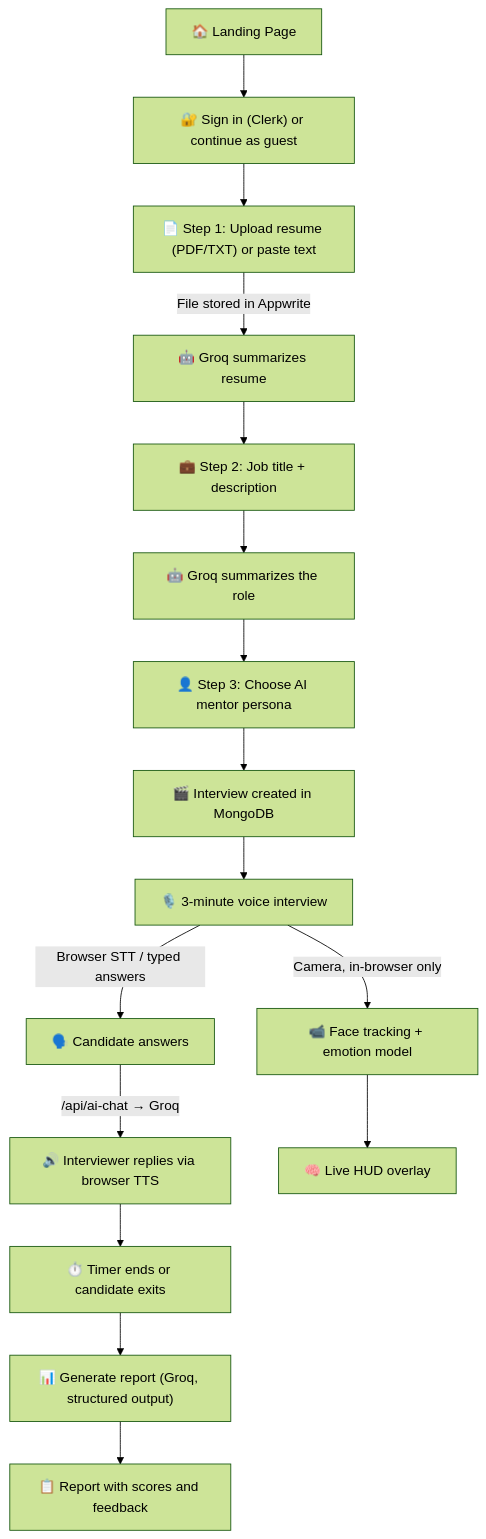
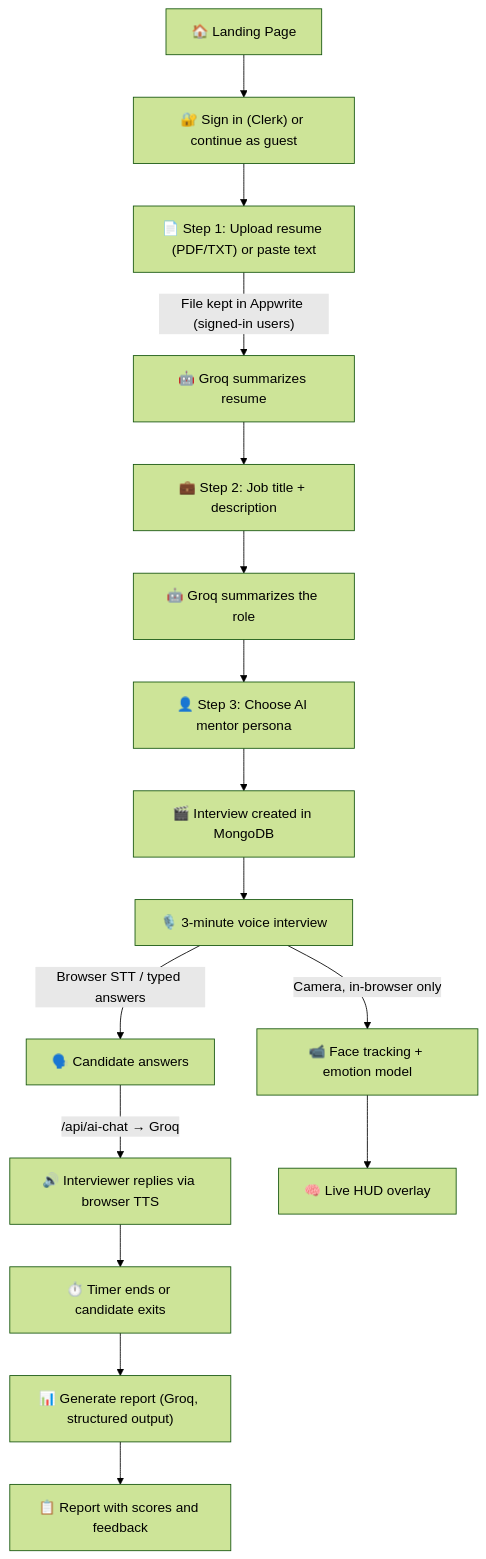
One commit to ShivamYash742/MockMentor changed the diagram in README.md. Above: the diagram before and after it, drawn with Mermaid (forest theme). The commit also changed other lines of this file and 24 other files, not shown here.

````diff
--- a/README.md
+++ b/README.md
@@ -45,18 +54,18 @@
 ```mermaid
 flowchart TD
     A["🏠 Landing Page"] --> B["🔐 Sign in (Clerk) or continue as guest"]
     B --> C["📄 Step 1: Upload resume (PDF/TXT) or paste text"]
-    C -->|"File stored in Appwrite"| D["🤖 Groq summarizes resume"]
+    C -->|"File kept in Appwrite (signed-in users)"| D["🤖 Groq summarizes resume"]
     D --> E["💼 Step 2: Job title + description"]
     E --> F["🤖 Groq summarizes the role"]
     F --> G["👤 Step 3: Choose AI mentor persona"]
     G --> H["🎬 Interview created in MongoDB"]
     H --> I["🎙️ 3-minute voice interview"]
     I -->|"Browser STT / typed answers"| J["🗣️ Candidate answers"]
     J -->|"/api/ai-chat → Groq"| K["🔊 Interviewer replies via browser TTS"]
     I -->|"Camera, in-browser only"| L["📹 Face tracking + emotion model"]
     L --> M["🧠 Live HUD overlay"]
     K --> N["⏱️ Timer ends or candidate exits"]
     N --> O["📊 Generate report (Groq, structured output)"]
     O --> P["📋 Report with scores and feedback"]
 ```
````
